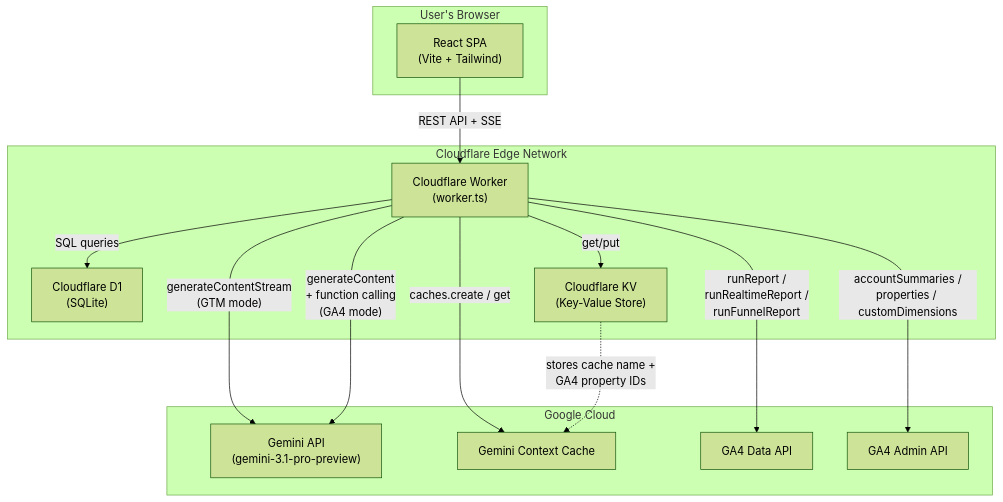
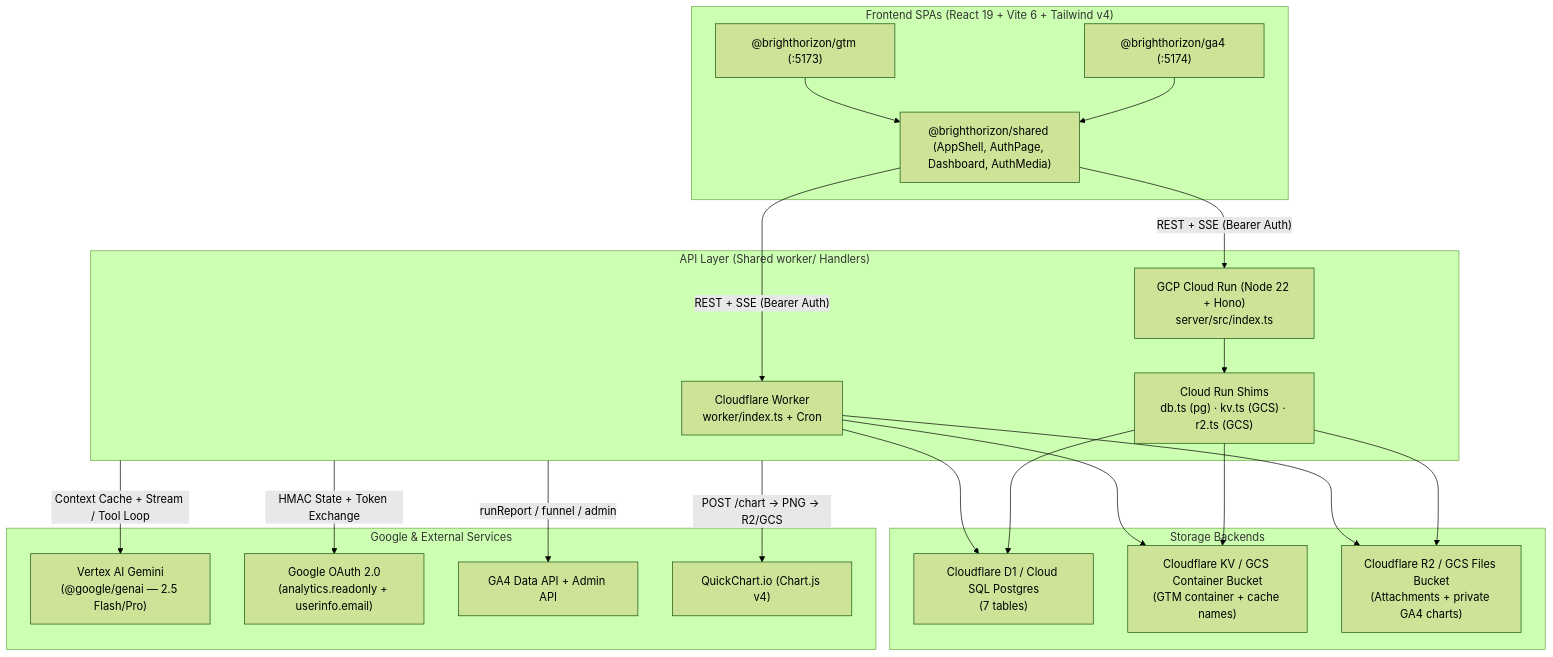
The diagram in README.md (seoiliyas/ga4_frontend), drawn with Mermaid (forest theme) before and after one commit. The commit also changed other lines of this file and 47 other files, not shown here.

Commit message:
Update GA4 frontend, shared UI, and pnpm lockfile for latest backend

````diff
--- a/README.md
+++ b/README.md
@@ -92,29 +77,43 @@
 ```mermaid
-graph TD
-    subgraph "User's Browser"
-        A["React SPA<br/>(Vite + Tailwind)"]
+graph TB
+    subgraph Client["Frontend SPAs (React 19 + Vite 6 + Tailwind v4)"]
+        GTM["@brighthorizon/gtm (:5173)"]
+        GA4["@brighthorizon/ga4 (:5174)"]
+        Shared["@brighthorizon/shared (AppShell, AuthPage, Dashboard, AuthMedia)"]
+        GTM --> Shared
+        GA4 --> Shared
     end
 
-    subgraph "Cloudflare Edge Network"
-        B["Cloudflare Worker<br/>(worker.ts)"]
-        C["Cloudflare D1<br/>(SQLite)"]
-        D["Cloudflare KV<br/>(Key-Value Store)"]
+    subgraph Runtime["API Layer (Shared worker/ Handlers)"]
+        CF["Cloudflare Worker<br/>worker/index.ts + Cron"]
+        CR["GCP Cloud Run (Node 22 + Hono)<br/>server/src/index.ts"]
+        Adapters["Cloud Run Shims<br/>db.ts (pg) · kv.ts (GCS) · r2.ts (GCS)"]
+        CR --> Adapters
     end
 
-    subgraph "Google Cloud"
-        E["Gemini API<br/>(gemini-3.1-pro-preview)"]
-        F["Gemini Context Cache"]
-        G["GA4 Data API"]
-        H["GA4 Admin API"]
+    subgraph Storage["Storage Backends"]
+        D1["Cloudflare D1 / Cloud SQL Postgres<br/>(7 tables)"]
+        KV["Cloudflare KV / GCS Container Bucket<br/>(GTM container + cache names)"]
+        R2["Cloudflare R2 / GCS Files Bucket<br/>(Attachments + private GA4 charts)"]
     end
 
-    A -->|"REST API + SSE"| B
-    B -->|"SQL queries"| C
-    B -->|"get/put"| D
-    B -->|"generateContentStream<br/>(GTM mode)"| E
-    B -->|"generateContent<br/>+ function calling<br/>(GA4 mode)"| E
-    B -->|"caches.create / get"| F
-    B -->|"runReport /<br/>runRealtimeReport /<br/>runFunnelReport"| G
-    B -->|"accountSummaries /<br/>properties / customDimensions"| H
-    D -.->|"stores cache name +<br/>GA4 property IDs"| F
+    subgraph Google["Google & External Services"]
+        Gemini["Vertex AI Gemini<br/>(@google/genai — 2.5 Flash/Pro)"]
+        OAuth["Google OAuth 2.0<br/>(analytics.readonly + userinfo.email)"]
+        GA4API["GA4 Data API + Admin API"]
+        QC["QuickChart.io (Chart.js v4)"]
+    end
+
+    Shared -->|"REST + SSE (Bearer Auth)"| CF
+    Shared -->|"REST + SSE (Bearer Auth)"| CR
+    CF --> D1
+    CF --> KV
+    CF --> R2
+    Adapters --> D1
+    Adapters --> KV
+    Adapters --> R2
+    Runtime -->|"Context Cache + Stream / Tool Loop"| Gemini
+    Runtime -->|"HMAC State + Token Exchange"| OAuth
+    Runtime -->|"runReport / funnel / admin"| GA4API
+    Runtime -->|"POST /chart -> PNG -> R2/GCS"| QC
 ```
````
